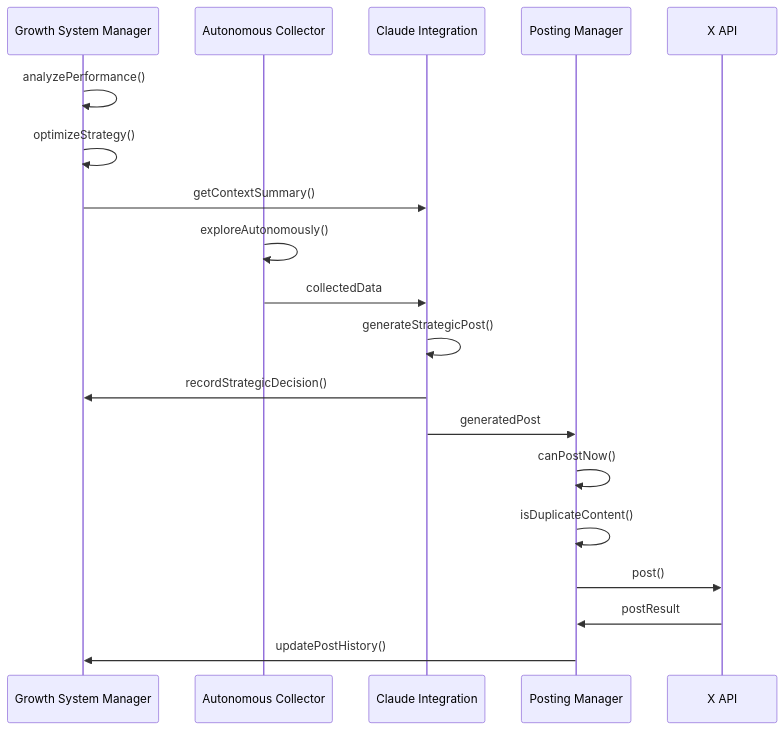
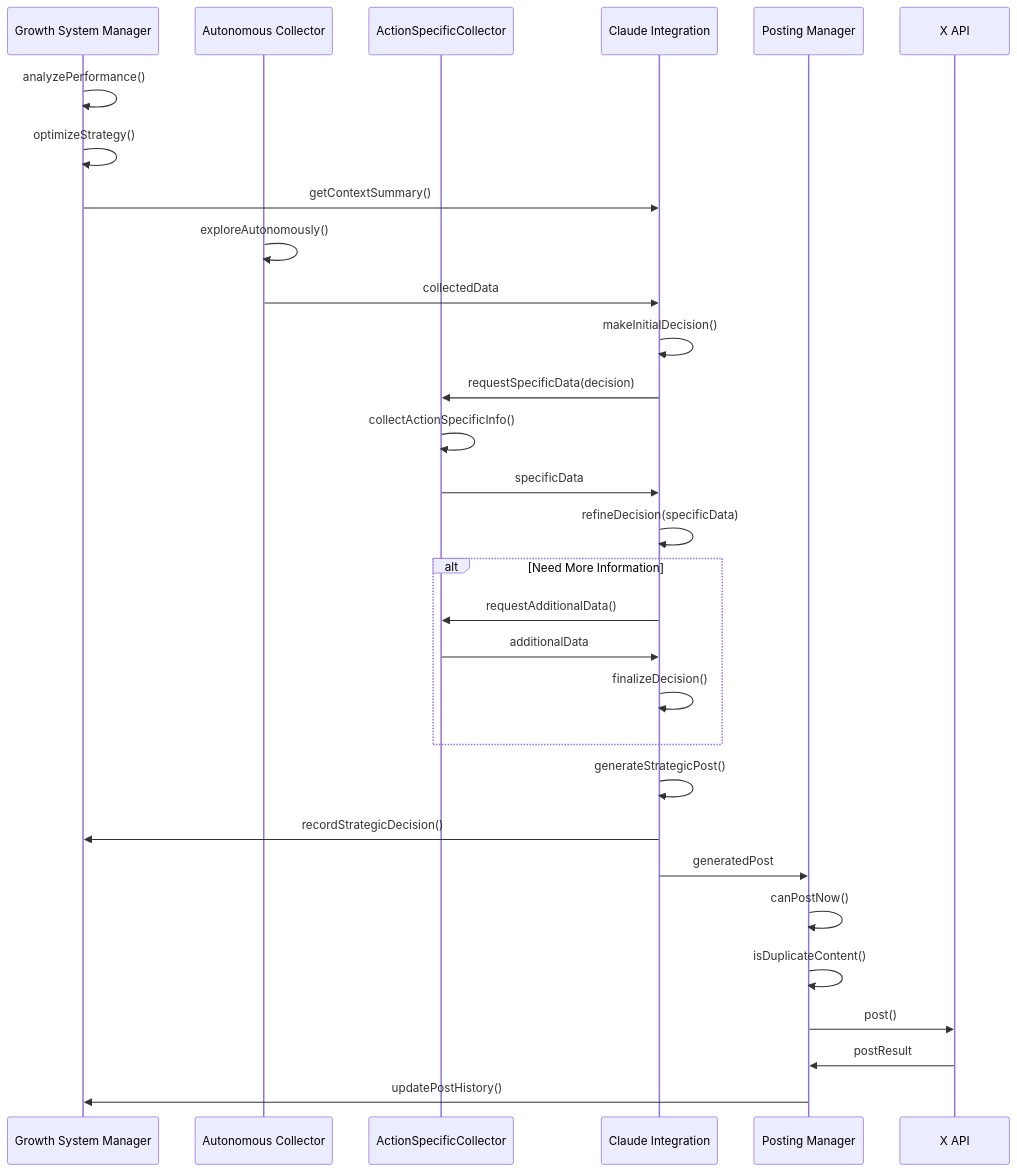
One commit to rnrnstar2/TradingAssistantX changed the second of 4 diagrams in docs/architecture.md. Above: the diagram before and after it, drawn with Mermaid. The commit also changed other lines of this file and 3114 other files, not shown here.

````diff
--- a/docs/architecture.md
+++ b/docs/architecture.md
@@ -100,26 +114,40 @@
 ```mermaid
 sequenceDiagram
     participant GSM as Growth System Manager
     participant AXC as Autonomous Collector
+    participant ASC as ActionSpecificCollector
     participant CMI as Claude Integration
     participant PM as Posting Manager
     participant XAPI as X API
     
     GSM->>GSM: analyzePerformance()
     GSM->>GSM: optimizeStrategy()
     GSM->>CMI: getContextSummary()
     
     AXC->>AXC: exploreAutonomously()
     AXC->>CMI: collectedData
+    
+    CMI->>CMI: makeInitialDecision()
+    CMI->>ASC: requestSpecificData(decision)
+    ASC->>ASC: collectActionSpecificInfo()
+    ASC->>CMI: specificData
+    
+    CMI->>CMI: refineDecision(specificData)
+    
+    alt Need More Information
+        CMI->>ASC: requestAdditionalData()
+        ASC->>CMI: additionalData
+        CMI->>CMI: finalizeDecision()
+    end
     
     CMI->>CMI: generateStrategicPost()
     CMI->>GSM: recordStrategicDecision()
     CMI->>PM: generatedPost
     
     PM->>PM: canPostNow()
     PM->>PM: isDuplicateContent()
     PM->>XAPI: post()
     XAPI->>PM: postResult
     
     PM->>GSM: updatePostHistory()
 ```
````
